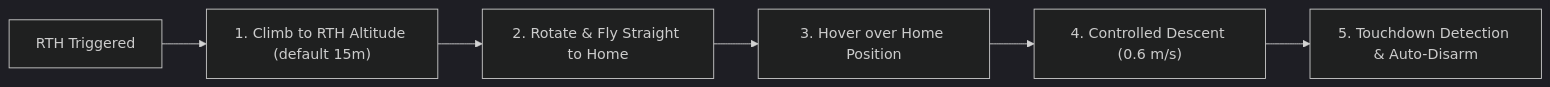
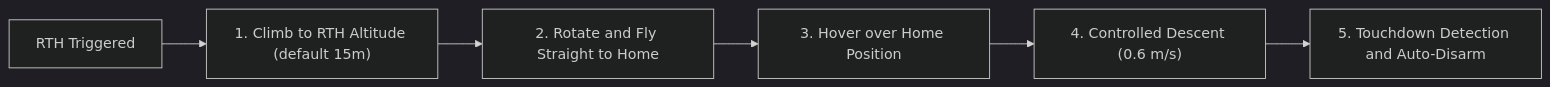
Before and after one commit to SouravApiDev/esp32-flight-controller: the second of 3 diagrams in README.md, drawn with Mermaid (dark theme). The commit also changed other lines of this file, not shown here.

````diff
--- a/README.md
+++ b/README.md
@@ -198,8 +198,8 @@
 ```mermaid
 flowchart LR
     A["RTH Triggered"] --> B["1. Climb to RTH Altitude (default 15m)"]
-    B --> C["2. Rotate & Fly Straight to Home"]
+    B --> C["2. Rotate and Fly Straight to Home"]
     C --> D["3. Hover over Home Position"]
     D --> E["4. Controlled Descent (0.6 m/s)"]
-    E --> F["5. Touchdown Detection & Auto-Disarm"]
+    E --> F["5. Touchdown Detection and Auto-Disarm"]
 ```
````
